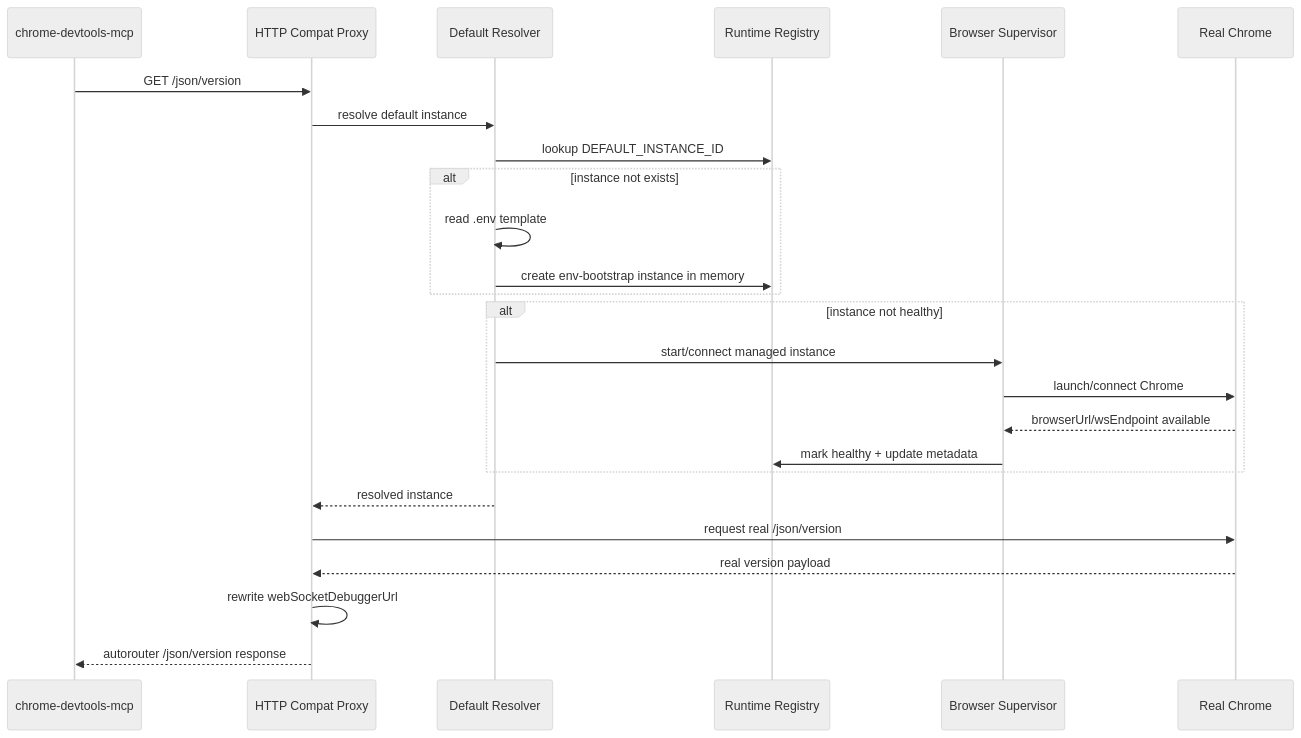
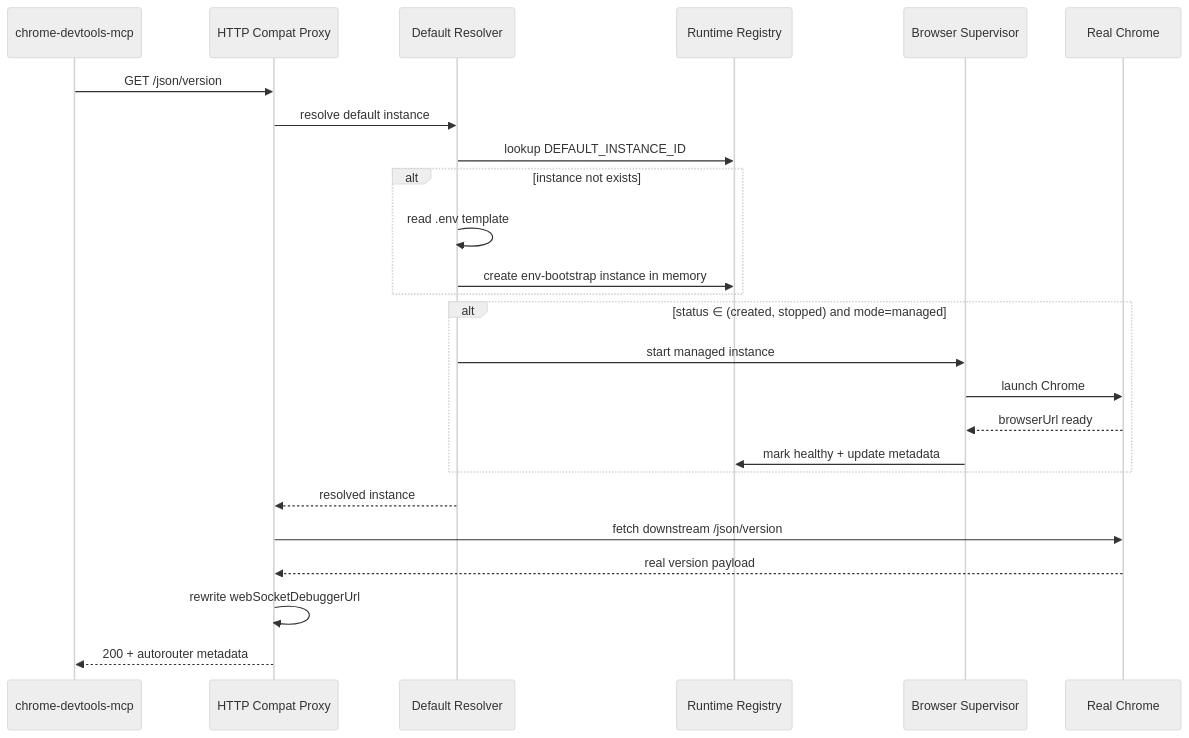
Before and after one commit to xnightsky/cdp-autorouter: the third of 4 diagrams in docs/autorouter-architecture.md, drawn with Mermaid (neutral theme). The commit also changed other lines of this file and 11 other files, not shown here.

````diff
--- a/docs/autorouter-architecture.md
+++ b/docs/autorouter-architecture.md
@@ -88,28 +97,28 @@
 ```mermaid
 sequenceDiagram
     participant M as chrome-devtools-mcp
     participant H as HTTP Compat Proxy
     participant R as Default Resolver
     participant G as Runtime Registry
     participant S as Browser Supervisor
     participant C as Real Chrome
 
     M->>H: GET /json/version
     H->>R: resolve default instance
     R->>G: lookup DEFAULT_INSTANCE_ID
     alt instance not exists
         R->>R: read .env template
         R->>G: create env-bootstrap instance in memory
     end
-    alt instance not healthy
-        R->>S: start/connect managed instance
-        S->>C: launch/connect Chrome
-        C-->>S: browserUrl/wsEndpoint available
+    alt status ∈ (created, stopped) and mode=managed
+        R->>S: start managed instance
+        S->>C: launch Chrome
+        C-->>S: browserUrl ready
         S->>G: mark healthy + update metadata
     end
     R-->>H: resolved instance
-    H->>C: request real /json/version
+    H->>C: fetch downstream /json/version
     C-->>H: real version payload
     H->>H: rewrite webSocketDebuggerUrl
-    H-->>M: autorouter /json/version response
+    H-->>M: 200 + autorouter metadata
 ```
````
